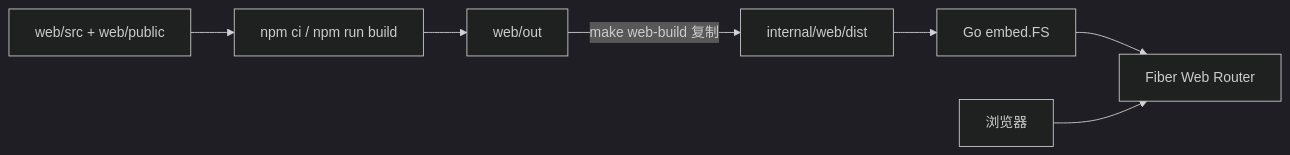
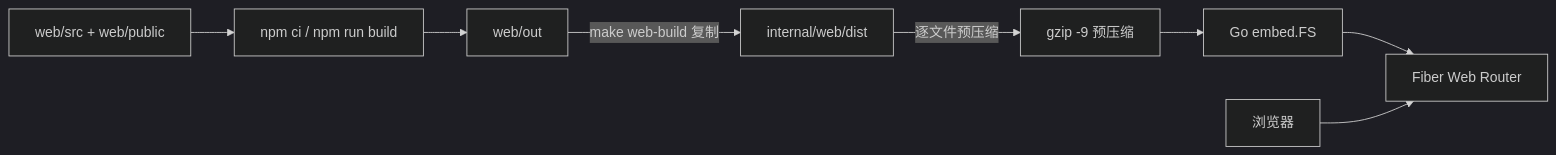
Before and after one commit to hcd233/aris-proxy-api: the fifth of 11 diagrams in README.md, drawn with Mermaid (dark theme). The commit also changed other lines of this file, not shown here.

````diff
--- a/README.md
+++ b/README.md
@@ -535,17 +539,19 @@
 ```mermaid
 flowchart LR
     Source[web/src + web/public]
     NPM[npm ci / npm run build]
     Out[web/out]
     Dist[internal/web/dist]
+    Gzip[gzip -9 预压缩]
     Embed[Go embed.FS]
     Fiber[Fiber Web Router]
     Browser[浏览器]
 
     Source --> NPM
     NPM --> Out
     Out -->|make web-build 复制| Dist
-    Dist --> Embed
+    Dist -->|逐文件预压缩| Gzip
+    Gzip --> Embed
     Embed --> Fiber
     Browser --> Fiber
 ```
````
